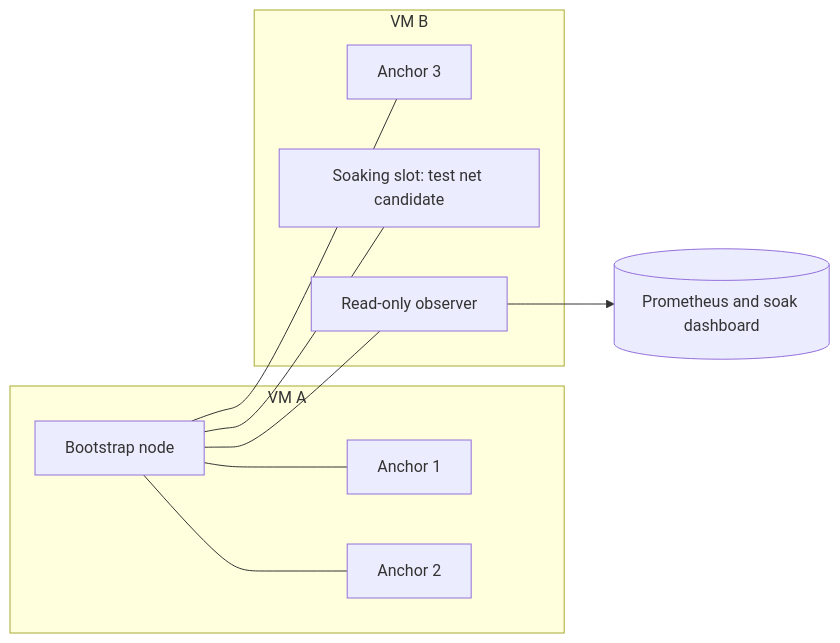
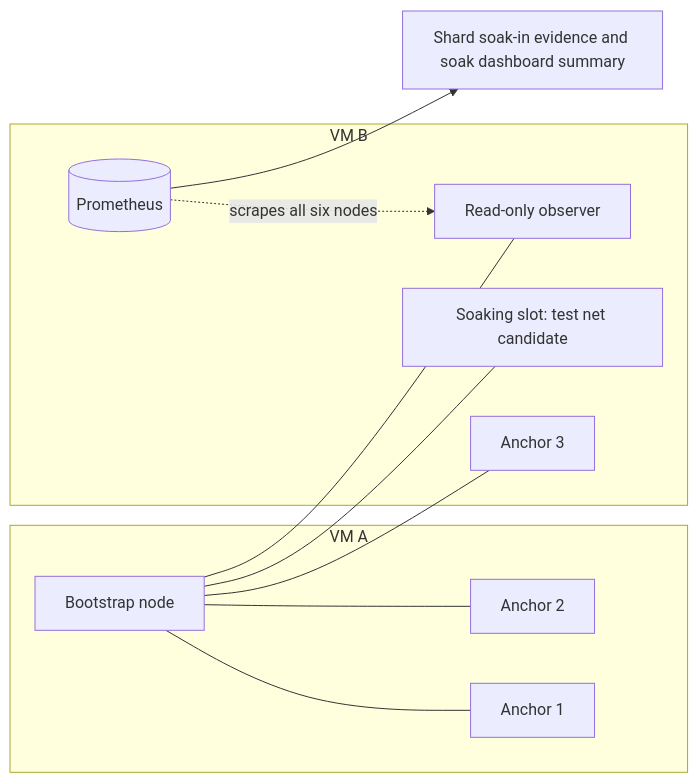
One commit to F1R3FLY-io/f1r3node-rust changed the first of 3 diagrams in docs/plans/test-net.md. Above: the diagram before and after it, drawn with Mermaid. The commit also changed other lines of this file, not shown here.

First line of the commit message:
docs(test-net): define the Prometheus metrics store for the Shard soak-in (TASK-014-1)

````diff
--- a/docs/plans/test-net.md
+++ b/docs/plans/test-net.md
@@ -34,19 +34,21 @@
 ```mermaid
 flowchart LR
     subgraph VM_A["VM A"]
         B[Bootstrap node]
         A1[Anchor 1]
         A2[Anchor 2]
     end
     subgraph VM_B["VM B"]
         A3[Anchor 3]
         S[Soaking slot: test net candidate]
         R[Read-only observer]
+        P[(Prometheus)]
     end
     B --- A1
     B --- A2
     B --- A3
     B --- S
     B --- R
-    R --> P[(Prometheus and soak dashboard)]
+    P -. scrapes all six nodes .-> R
+    P --> E[Shard soak-in evidence and soak dashboard summary]
 ```
````
